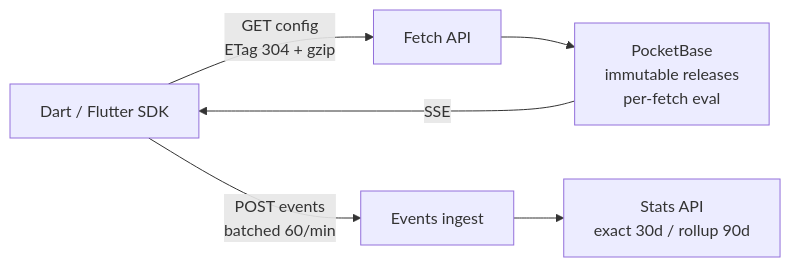
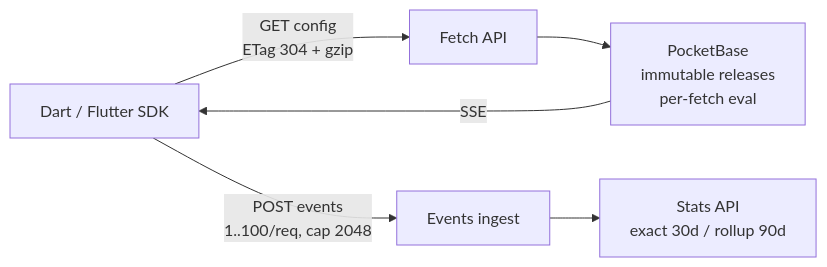
The diagram in profile/README.md (configwire/.github), drawn with Mermaid before and after one commit. The commit also changed other lines of this file, not shown here.

````diff
--- a/profile/README.md
+++ b/profile/README.md
@@ -16,8 +16,8 @@
 ```mermaid
 flowchart LR
   SDK[Dart / Flutter SDK] -->|GET config<br/>ETag 304 + gzip| API[Fetch API]
   API --> PB[PocketBase<br/>immutable releases<br/>per-fetch eval]
   PB -->|SSE| SDK
-  SDK -->|POST events<br/>batched 60/min| ING[Events ingest]
+  SDK -->|POST events<br/>1..100/req, cap 2048| ING[Events ingest]
   ING --> STATS[Stats API<br/>exact 30d / rollup 90d]
 ```
````
